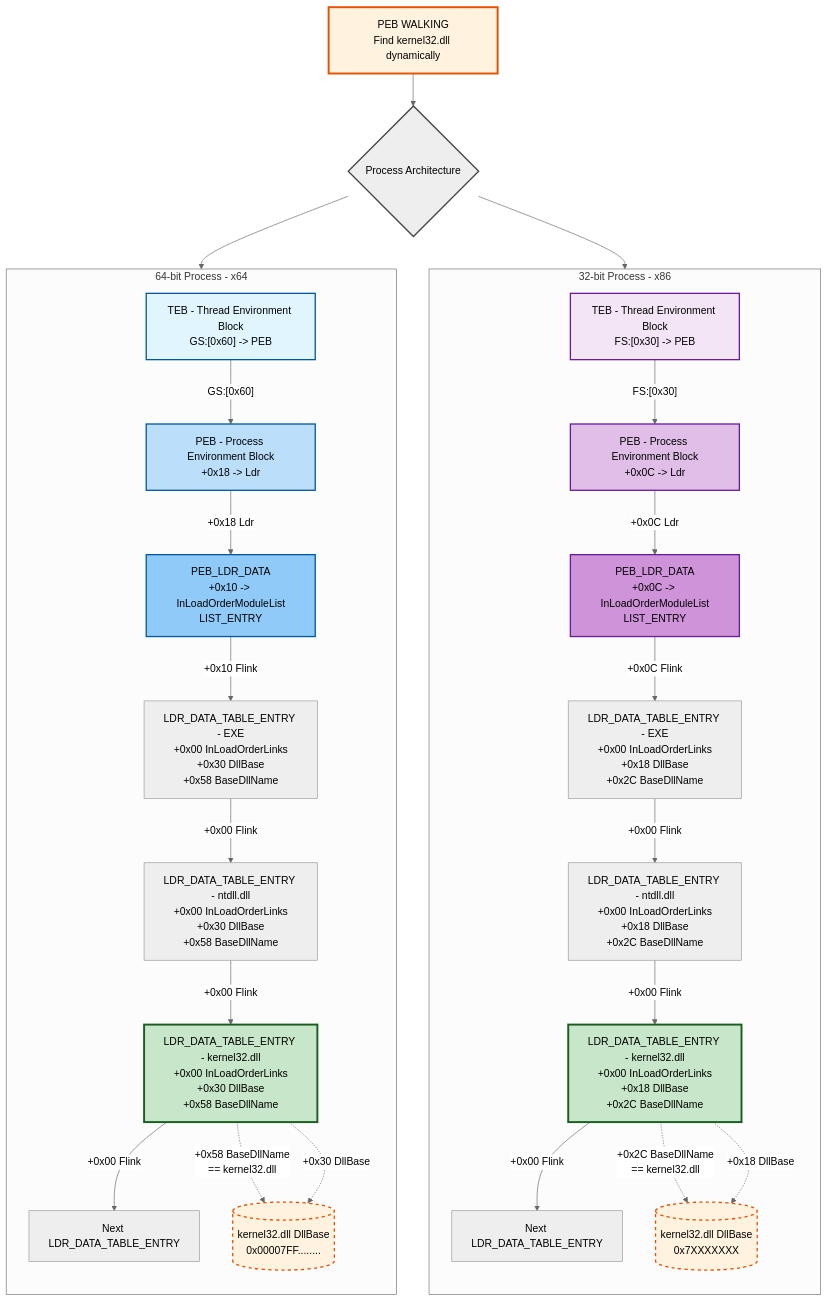
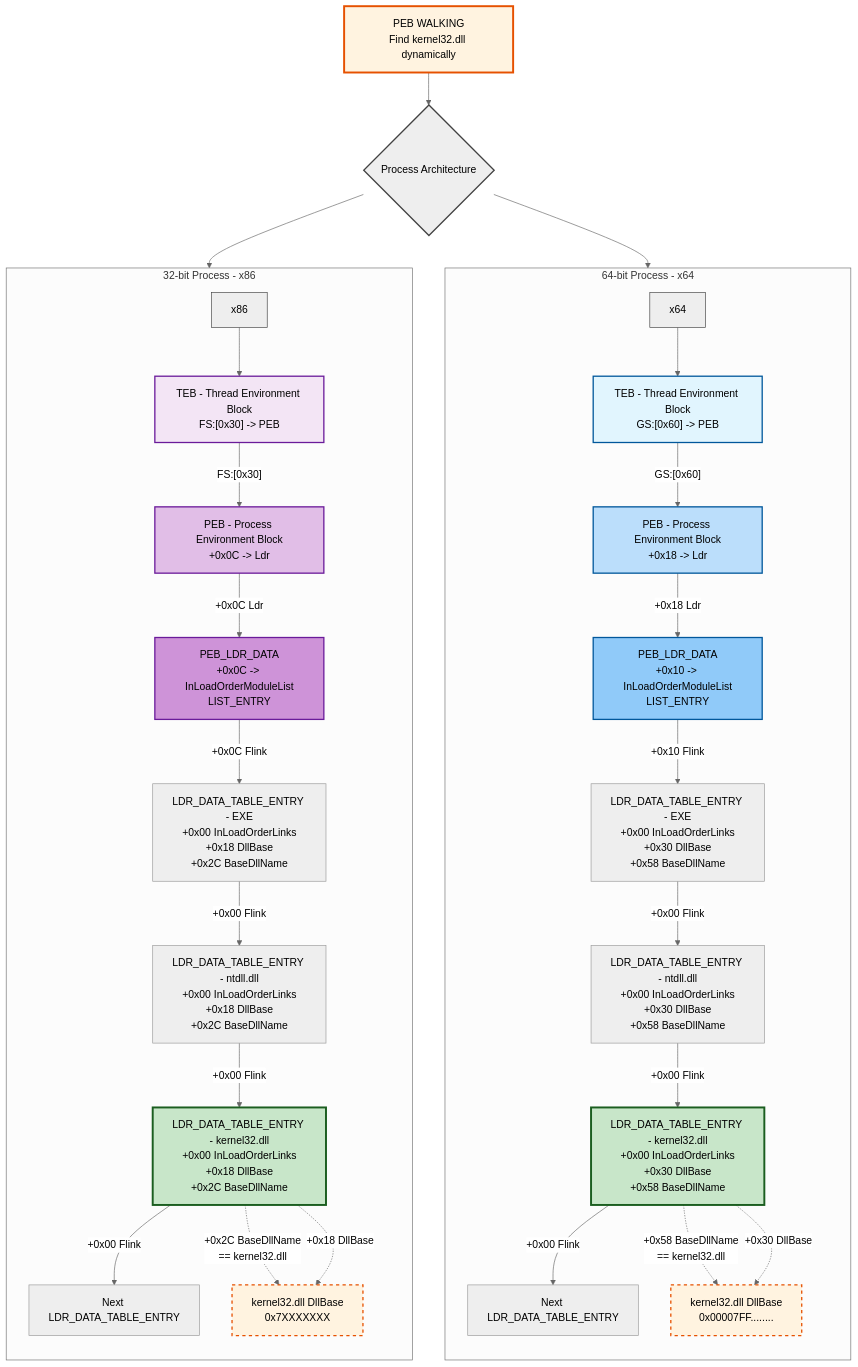
Before and after one commit to adolfcna/ATTvDEF: the second of 2 diagrams in content/Mitre Attack/Resource Development TA0042/Develop Capabilities T1587/Exploit/ShellCode/Windows x64 Assembly.md, drawn with Mermaid (neutral theme).

Commit message:
vault backup: 2026-10-06 22:43:43

```diff
--- a/content/Mitre Attack/Resource Development TA0042/Develop Capabilities T1587/Exploit/ShellCode/Windows x64 Assembly.md
+++ b/content/Mitre Attack/Resource Development TA0042/Develop Capabilities T1587/Exploit/ShellCode/Windows x64 Assembly.md
@@ -163,13 +163,11 @@
 flowchart TD
 
     START["PEB WALKING<br/>Find kernel32.dll dynamically"]
-
     ARCH{"Process Architecture"}
 
     START --> ARCH
-    ARCH --> X64
-    ARCH --> X86
-
+    ARCH --> X64_ENTRY
+    ARCH --> X86_ENTRY
 
     %% =========================
     %% X64
@@ -177,6 +175,8 @@
 
     subgraph X64["64-bit Process - x64"]
         direction TB
+
+        X64_ENTRY["x64"]
 
         TEB64["TEB - Thread Environment Block<br/>GS:[0x60] -> PEB"]
 
@@ -192,8 +192,9 @@
 
         NEXT64["Next LDR_DATA_TABLE_ENTRY"]
 
-        BASE64[("kernel32.dll DllBase<br/>0x00007FF........")]
+        BASE64["kernel32.dll DllBase<br/>0x00007FF........"]
 
+        X64_ENTRY --> TEB64
         TEB64 -->|"GS:[0x60]"| PEB64
         PEB64 -->|"+0x18 Ldr"| LDR64
 
@@ -206,13 +207,14 @@
         K3264 -.->|"+0x30 DllBase"| BASE64
     end
 
-
     %% =========================
     %% X86
     %% =========================
 
     subgraph X86["32-bit Process - x86"]
         direction TB
+
+        X86_ENTRY["x86"]
 
         TEB32["TEB - Thread Environment Block<br/>FS:[0x30] -> PEB"]
 
@@ -228,8 +230,9 @@
 
         NEXT32["Next LDR_DATA_TABLE_ENTRY"]
 
-        BASE32[("kernel32.dll DllBase<br/>0x7XXXXXXX")]
+        BASE32["kernel32.dll DllBase<br/>0x7XXXXXXX"]
 
+        X86_ENTRY --> TEB32
         TEB32 -->|"FS:[0x30]"| PEB32
         PEB32 -->|"+0x0C Ldr"| LDR32
 
@@ -242,13 +245,15 @@
         K3232 -.->|"+0x18 DllBase"| BASE32
     end
 
-
     %% =========================
     %% Styling
     %% =========================
 
     style START fill:#fff3e0,stroke:#e65100,stroke-width:3px
     style ARCH fill:#eeeeee,stroke:#424242,stroke-width:2px,color:#000
+
+    style X64_ENTRY fill:#eeeeee,stroke:#424242,stroke-width:1px
+    style X86_ENTRY fill:#eeeeee,stroke:#424242,stroke-width:1px
 
     style TEB64 fill:#e1f5fe,stroke:#01579b,stroke-width:2px
     style PEB64 fill:#bbdefb,stroke:#01579b,stroke-width:2px
```
